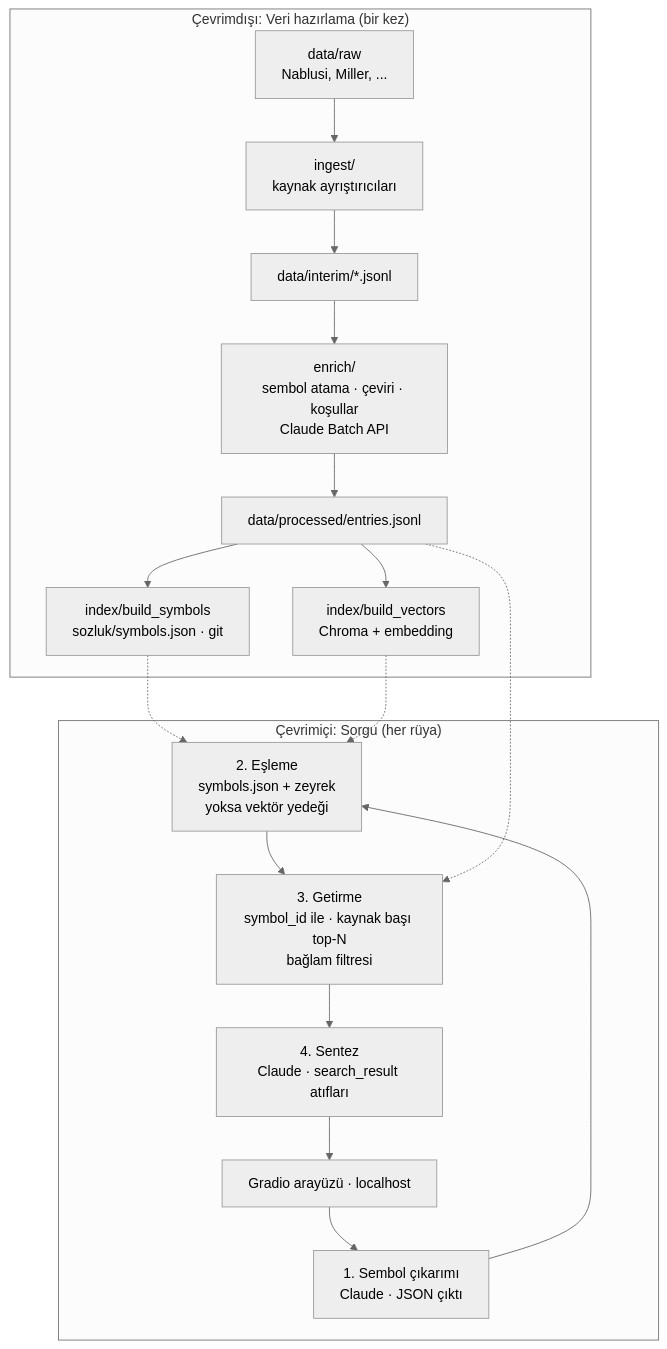
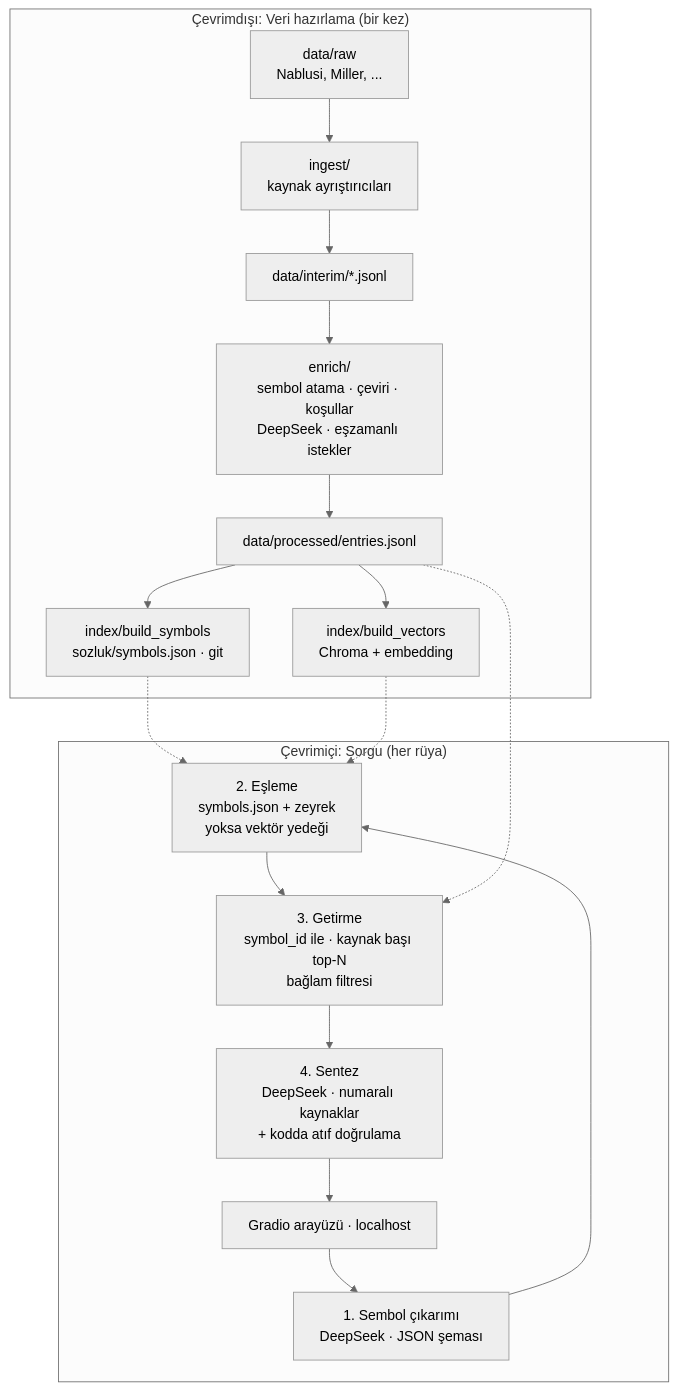
Before and after one commit to OgzhnTarhn/ruya-tabirnamesi: the diagram in docs/03-mimari.md, drawn with Mermaid (neutral theme). The commit also changed other lines of this file and 3 other files, not shown here.

Commit message:
Mimari ve sözleşme belgelerini EVREN istemcisi ve kodda atıf doğrulamaya göre güncelle

````diff
--- a/docs/03-mimari.md
+++ b/docs/03-mimari.md
@@ -19,23 +19,23 @@
 ```mermaid
 flowchart TB
     subgraph CEVRIMDISI["Çevrimdışı: Veri hazırlama (bir kez)"]
         RAW[data/raw<br/>Nablusi, Miller, ...] --> ING[ingest/<br/>kaynak ayrıştırıcıları]
         ING --> INT[data/interim/*.jsonl]
-        INT --> ENR[enrich/<br/>sembol atama · çeviri · koşullar<br/>Claude Batch API]
+        INT --> ENR[enrich/<br/>sembol atama · çeviri · koşullar<br/>DeepSeek · eşzamanlı istekler]
         ENR --> ENT[data/processed/entries.jsonl]
         ENT --> SYM[index/build_symbols<br/>sozluk/symbols.json · git]
         ENT --> VEC[index/build_vectors<br/>Chroma + embedding]
     end
 
     subgraph CEVRIMICI["Çevrimiçi: Sorgu (her rüya)"]
-        UI[Gradio arayüzü · localhost] --> P1[1. Sembol çıkarımı<br/>Claude · JSON çıktı]
+        UI[Gradio arayüzü · localhost] --> P1[1. Sembol çıkarımı<br/>DeepSeek · JSON şeması]
         P1 --> P2[2. Eşleme<br/>symbols.json + zeyrek<br/>yoksa vektör yedeği]
         P2 --> P3[3. Getirme<br/>symbol_id ile · kaynak başı top-N<br/>bağlam filtresi]
-        P3 --> P4[4. Sentez<br/>Claude · search_result atıfları]
+        P3 --> P4[4. Sentez<br/>DeepSeek · numaralı kaynaklar<br/>+ kodda atıf doğrulama]
         P4 --> UI
     end
 
     SYM -.-> P2
     VEC -.-> P2
     ENT -.-> P3
 ```
````
